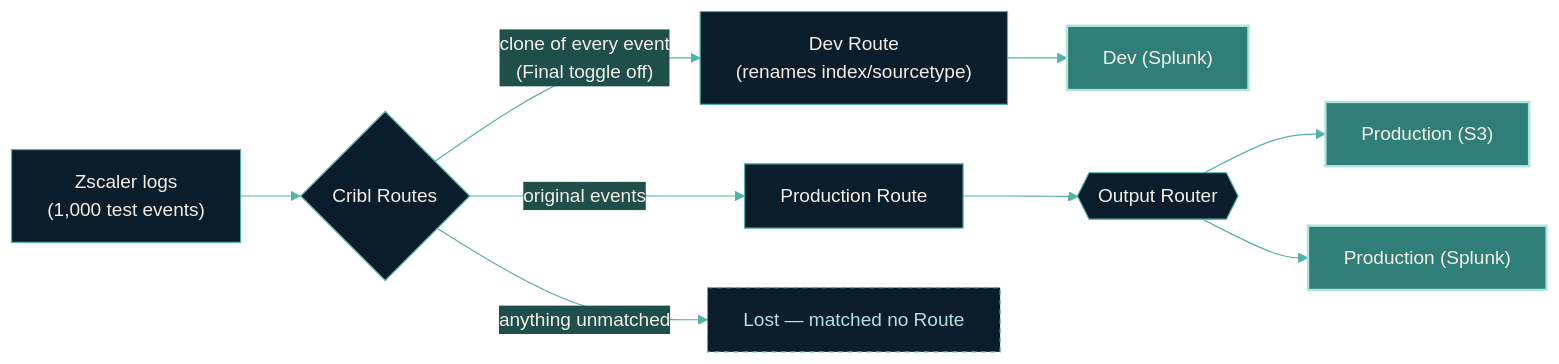
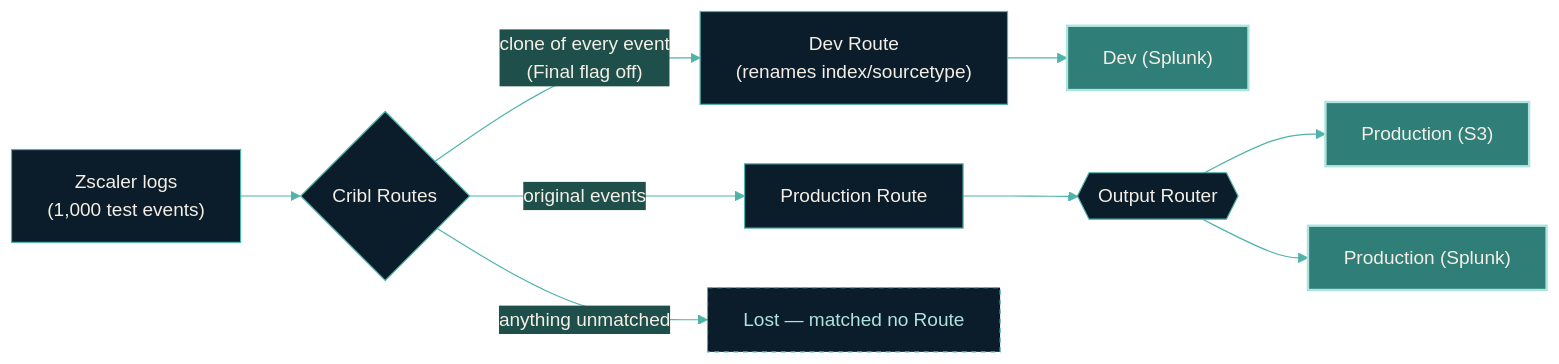
The diagram in README.md (JacobPEvans-personal/cc-stream-zscaler-incident-test), drawn with Mermaid before and after one commit. The commit also changed 18 other files, not shown here.

First line of the commit message:
docs: use 'Final flag' terminology throughout scenarios and report

````diff
--- a/README.md
+++ b/README.md
@@ -18,20 +18,20 @@
 ```mermaid
 %%{init: {"theme": "base", "themeVariables": {
   "primaryColor": "#0b1d2a", "primaryTextColor": "#f4efe6", "primaryBorderColor": "#4fb3a9",
   "lineColor": "#4fb3a9", "edgeLabelBackground": "#1f4f4a", "textColor": "#f4efe6",
   "fontFamily": "ui-sans-serif, sans-serif"
 }}}%%
 flowchart LR
   Z["Zscaler logs<br/>(1,000 test events)"] --> WG{"Cribl Routes"}
-  WG -->|"clone of every event<br/>(Final toggle off)"| DEV["Dev Route<br/>(renames index/sourcetype)"]
+  WG -->|"clone of every event<br/>(Final flag off)"| DEV["Dev Route<br/>(renames index/sourcetype)"]
   DEV --> DSPL["Dev (Splunk)"]
   WG -->|"original events"| PROD["Production Route"]
   PROD --> RTR{{"Output Router"}}
   RTR --> S3["Production (S3)"]
   RTR --> SPL["Production (Splunk)"]
   WG -->|"anything unmatched"| LOST["Lost — matched no Route"]
   style DSPL fill:#2f7e78,stroke:#aee4dd,stroke-width:2px,color:#f4efe6
   style S3 fill:#2f7e78,stroke:#aee4dd,stroke-width:2px,color:#f4efe6
   style SPL fill:#2f7e78,stroke:#aee4dd,stroke-width:2px,color:#f4efe6
   style LOST fill:#0b1d2a,stroke:#4fb3a9,stroke-dasharray:4,color:#aee4dd
 ```
````
